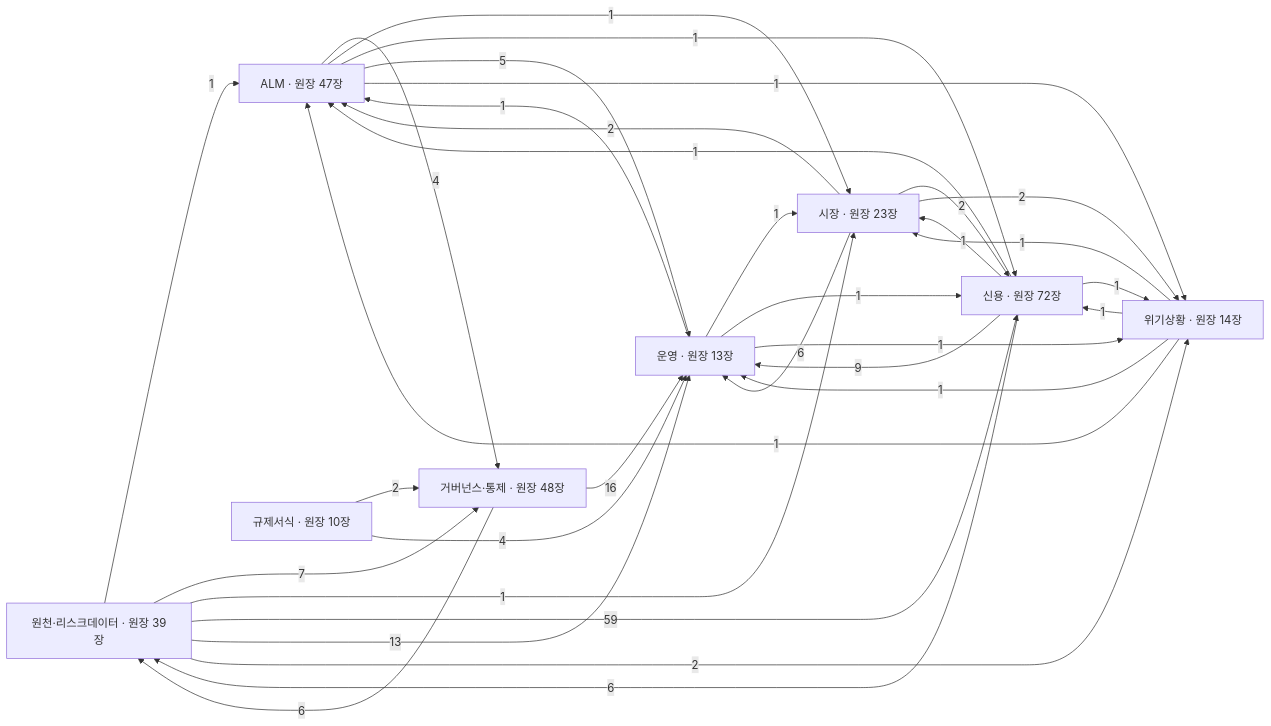
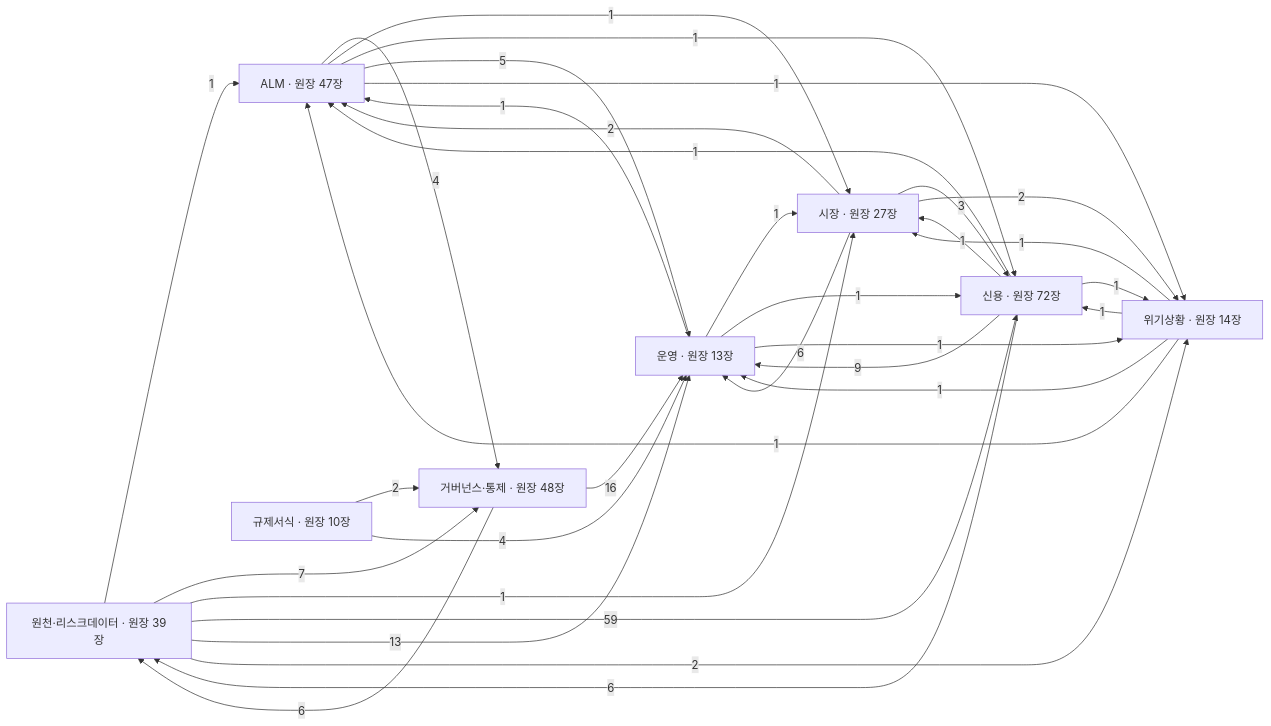
Before and after one commit to bbootta/AIops: the first of 18 diagrams in docs/DATA_FLOW.md, drawn with Mermaid. The commit also changed other lines of this file and 15 other files, not shown here.

````diff
--- a/docs/DATA_FLOW.md
+++ b/docs/DATA_FLOW.md
@@ -44,43 +44,43 @@
 ```mermaid
 flowchart LR
   B1["원천·리스크데이터 · 원장 39장"]
   B2["신용 · 원장 72장"]
-  B3["시장 · 원장 23장"]
+  B3["시장 · 원장 27장"]
   B4["운영 · 원장 13장"]
   B5["ALM · 원장 47장"]
   B6["위기상황 · 원장 14장"]
   B7["규제서식 · 원장 10장"]
   B8["거버넌스·통제 · 원장 48장"]
   B5 -->|4| B8
   B5 -->|1| B3
   B5 -->|1| B2
   B5 -->|5| B4
   B5 -->|1| B6
   B8 -->|16| B4
   B8 -->|6| B1
   B7 -->|2| B8
   B7 -->|4| B4
   B3 -->|2| B5
-  B3 -->|2| B2
+  B3 -->|3| B2
   B3 -->|6| B4
   B3 -->|2| B6
   B2 -->|1| B5
   B2 -->|1| B3
   B2 -->|9| B4
   B2 -->|6| B1
   B2 -->|1| B6
   B4 -->|1| B5
   B4 -->|1| B3
   B4 -->|1| B2
   B4 -->|1| B6
   B1 -->|1| B5
   B1 -->|7| B8
   B1 -->|1| B3
   B1 -->|59| B2
   B1 -->|13| B4
   B1 -->|2| B6
   B6 -->|1| B5
   B6 -->|1| B3
   B6 -->|1| B2
   B6 -->|1| B4
 ```
````
